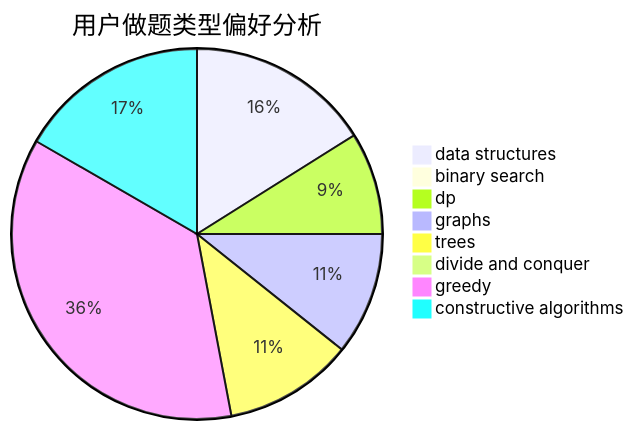
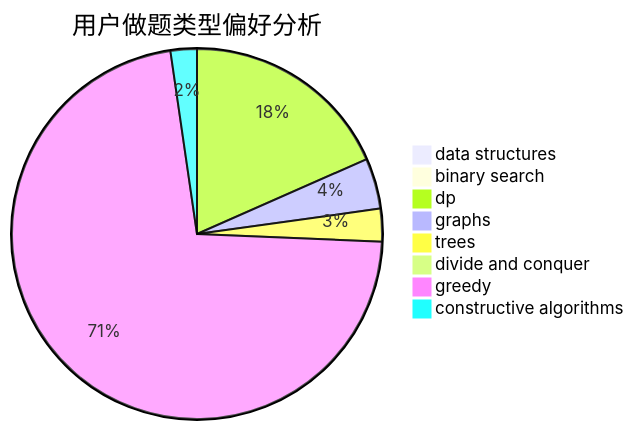
Before and after one commit to sherpahu/cfrs.github.io: the second of 3 diagrams in docs/user/u1170.md, drawn with Mermaid. The commit also changed other lines of this file and 2770 other files, not shown here.

````diff
--- a/docs/user/u1170.md
+++ b/docs/user/u1170.md
@@ -23,11 +23,11 @@
 ```mermaid
 pie title 用户做题类型偏好分析
-    "data structures" :  27
-    "binary search" :  1
-    "dp" :  15
-    "graphs" :  18
-    "trees" :  19
-    "divide and conquer" :  0
-    "greedy" :  61
-    "constructive algorithms" :  28
+    "data structures" :  5
+    "binary search" :  2
+    "dp" :  96
+    "graphs" :  23
+    "trees" :  15
+    "divide and conquer" :  3
+    "greedy" :  376
+    "constructive algorithms" :  12
 ```
````
